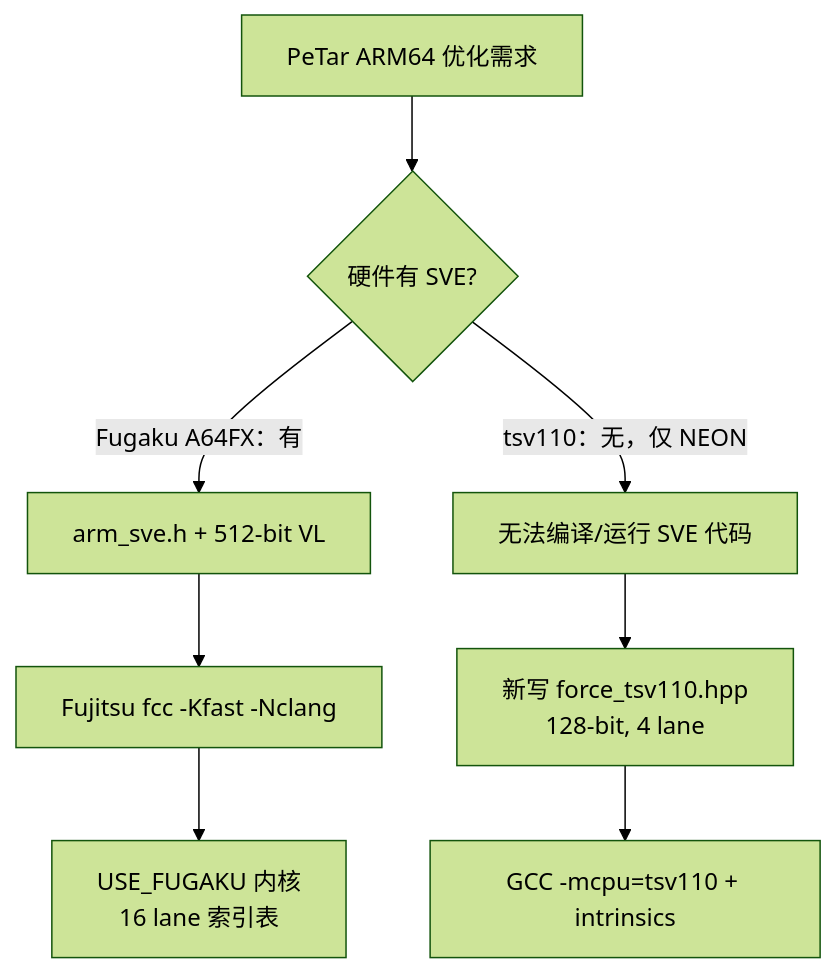
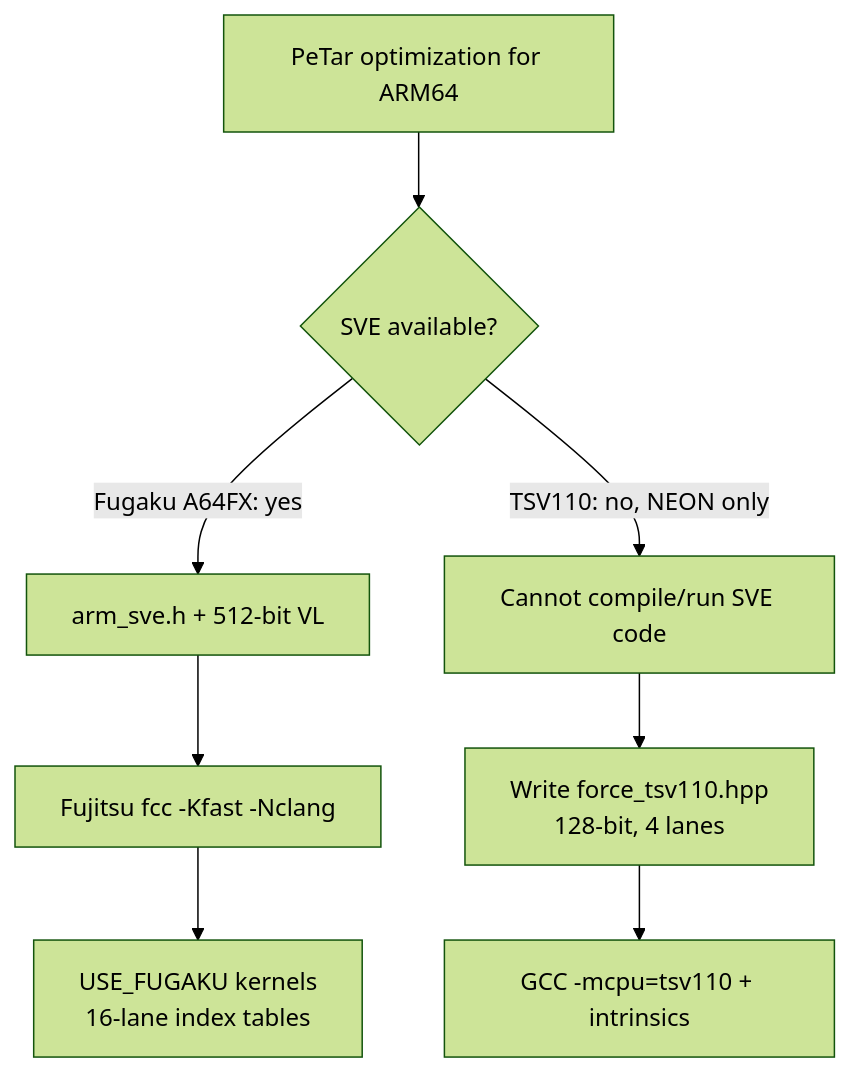
One commit to lwang-astro/PeTar changed the first of 2 diagrams in tsv110-bench/REPORT.md. Above: the diagram before and after it, drawn with Mermaid (forest theme). The commit also changed other lines of this file and 2 other files, not shown here.

First line of the commit message:
Translate the tsv110-bench reports into English

````diff
--- a/tsv110-bench/REPORT.md
+++ b/tsv110-bench/REPORT.md
@@ -350,10 +352,10 @@
 ```mermaid
 flowchart TD
-    A["PeTar ARM64 优化需求"] --> B{"硬件有 SVE?"}
-    B -- "Fugaku A64FX：有" --> C["arm_sve.h + 512-bit VL"]
+    A["PeTar optimization for ARM64"] --> B{"SVE available?"}
+    B -- "Fugaku A64FX: yes" --> C["arm_sve.h + 512-bit VL"]
     C --> D["Fujitsu fcc -Kfast -Nclang"]
-    D --> E["USE_FUGAKU 内核<br/>16 lane 索引表"]
-    B -- "tsv110：无，仅 NEON" --> F["无法编译/运行 SVE 代码"]
-    F --> G["新写 force_tsv110.hpp<br/>128-bit, 4 lane"]
+    D --> E["USE_FUGAKU kernels<br/>16-lane index tables"]
+    B -- "TSV110: no, NEON only" --> F["Cannot compile/run SVE code"]
+    F --> G["Write force_tsv110.hpp<br/>128-bit, 4 lanes"]
     G --> H["GCC -mcpu=tsv110 + intrinsics"]
 ```
````
